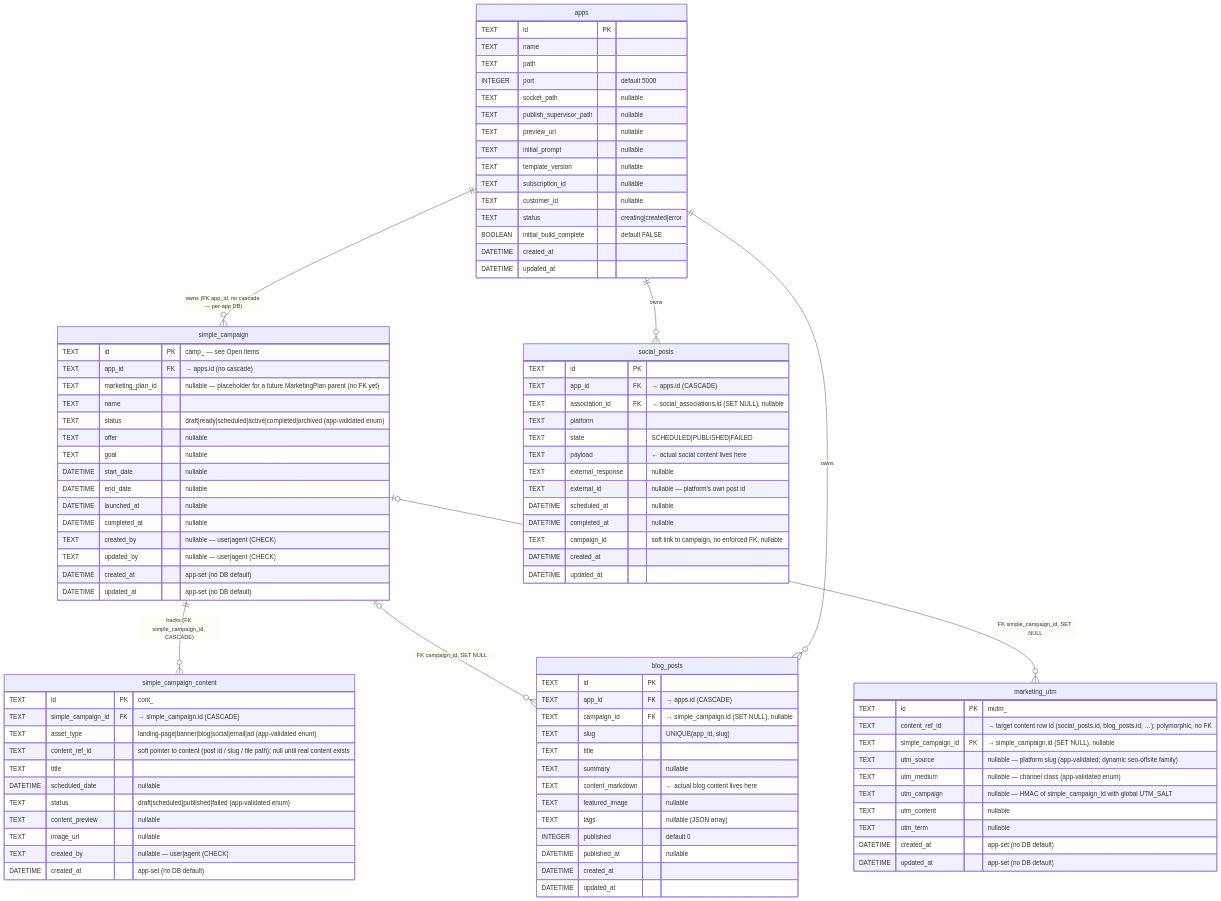
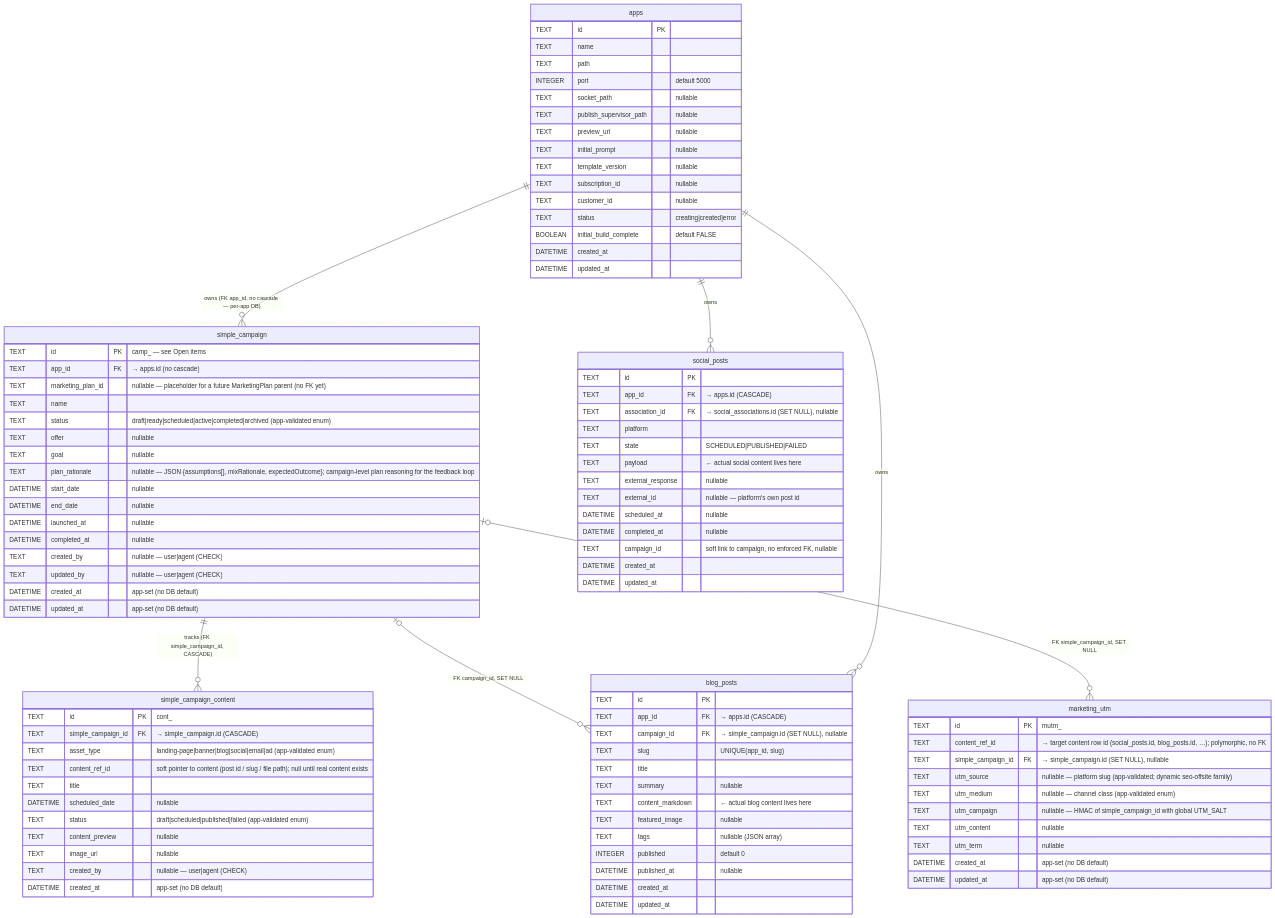
Before and after one commit to hsharif-godaddy/hackathon2026: the diagram in docs/marketing/campaigns/data-model.md, drawn with Mermaid. The commit also changed 7 other files, not shown here.

First line of the commit message:
[RUBICON-504] : Add campaign-level plan rationale (plan_rationale JSON column) to simple_campaign (#5529)

```diff
--- a/docs/marketing/campaigns/data-model.md
+++ b/docs/marketing/campaigns/data-model.md
@@ -73,6 +73,7 @@
         TEXT status "draft|ready|scheduled|active|completed|archived (app-validated enum)"
         TEXT offer "nullable"
         TEXT goal "nullable"
+        TEXT plan_rationale "nullable — JSON {assumptions[], mixRationale, expectedOutcome}; campaign-level plan reasoning for the feedback loop"
         DATETIME start_date "nullable"
         DATETIME end_date "nullable"
         DATETIME launched_at "nullable"
```
